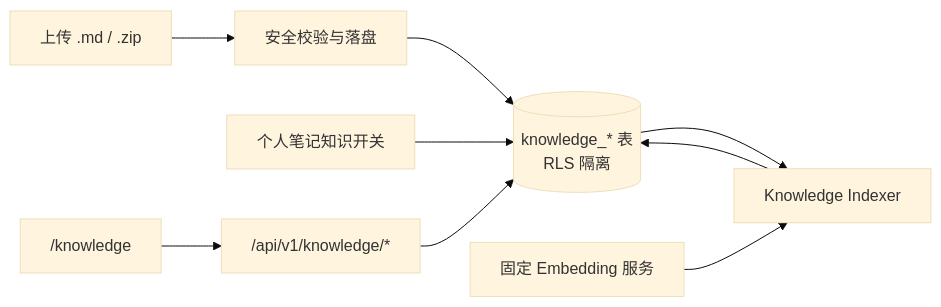
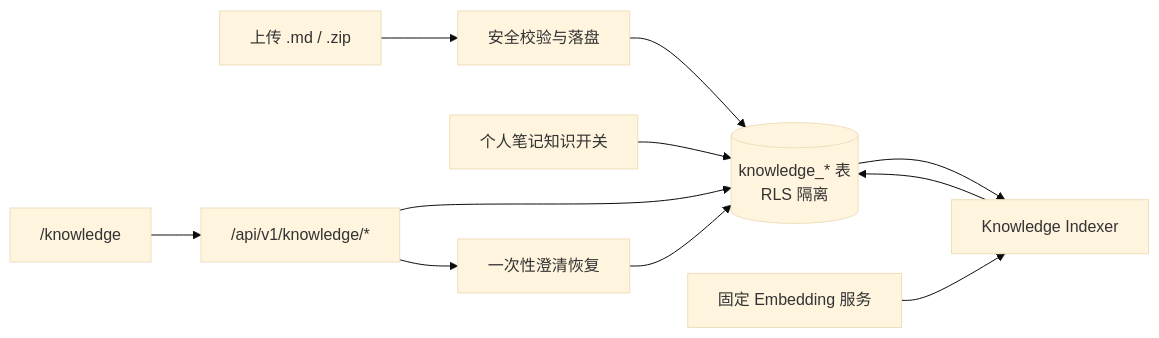
Before and after one commit to Diving-Di/Cortex: the diagram in docs/SDD.md, drawn with Mermaid (base theme). The commit also changed other lines of this file and 28 other files, not shown here.

````diff
--- a/docs/SDD.md
+++ b/docs/SDD.md
@@ -42,11 +42,13 @@
 ```mermaid
 flowchart LR
     UPLOAD["上传 .md / .zip"] --> PREPARE["安全校验与落盘"]
     PREPARE --> DB[("knowledge_* 表<br/>RLS 隔离")]
     NOTES["个人笔记知识开关"] --> DB
     DB --> INDEX["Knowledge Indexer"]
     EMBED["固定 Embedding 服务"] --> INDEX
     INDEX --> DB
     API["/api/v1/knowledge/*"] --> DB
     UI["/knowledge"] --> API
+    API --> HITL["一次性澄清恢复"]
+    HITL --> DB
 ```
````
